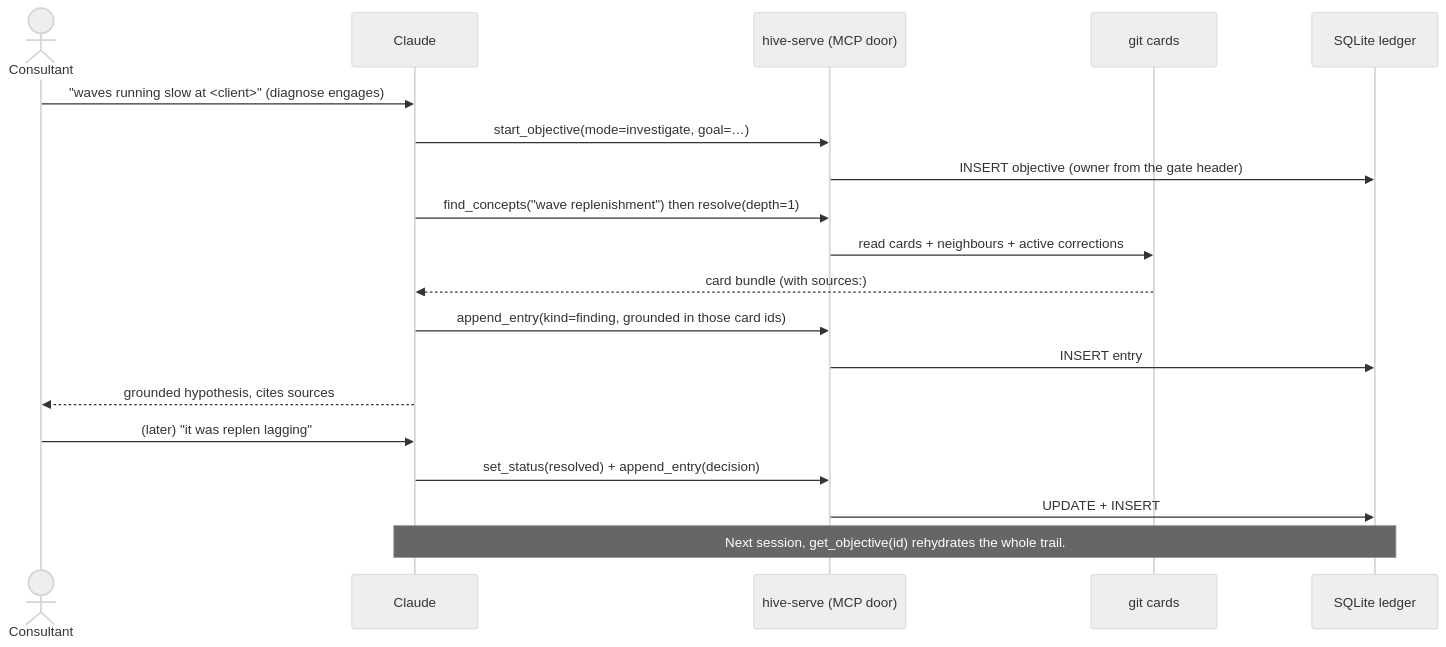
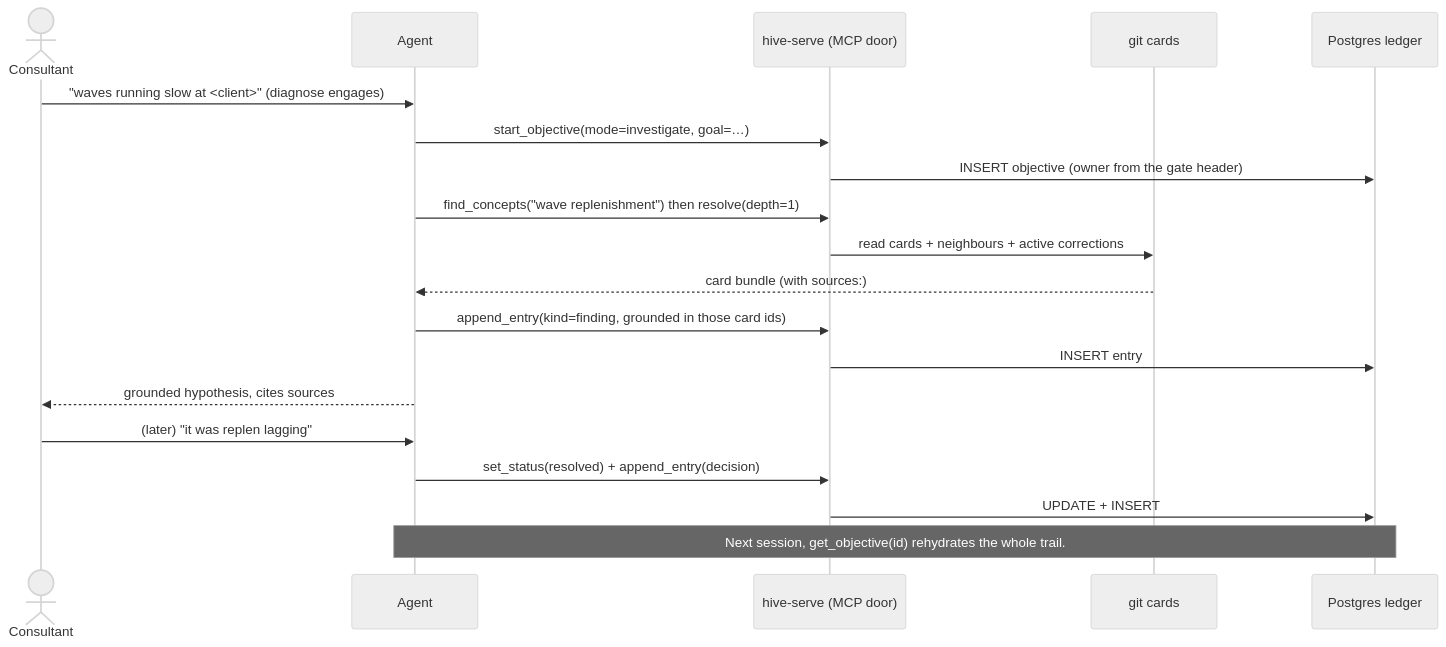
One commit to voyagerforge-dev/hive-intelligence changed the seventh of 9 diagrams in docs/concepts/pipeline.md. Above: the diagram before and after it, drawn with Mermaid (neutral theme). The commit also changed other lines of this file and 62 other files, not shown here.

````diff
--- a/docs/concepts/pipeline.md
+++ b/docs/concepts/pipeline.md
@@ -536,22 +539,22 @@
 ```mermaid
 sequenceDiagram
     actor U as Consultant
-    participant C as Claude
+    participant C as Agent
     participant M as hive-serve (MCP door)
     participant G as git cards
-    participant L as SQLite ledger
+    participant L as Postgres ledger
 
     U->>C: "waves running slow at <client>" (diagnose engages)
     C->>M: start_objective(mode=investigate, goal=…)
     M->>L: INSERT objective (owner from the gate header)
     C->>M: find_concepts("wave replenishment") then resolve(depth=1)
     M->>G: read cards + neighbours + active corrections
     G-->>C: card bundle (with sources:)
     C->>M: append_entry(kind=finding, grounded in those card ids)
     M->>L: INSERT entry
     C-->>U: grounded hypothesis, cites sources
     U->>C: (later) "it was replen lagging"
     C->>M: set_status(resolved) + append_entry(decision)
     M->>L: UPDATE + INSERT
     Note over C,L: Next session, get_objective(id) rehydrates the whole trail.
 ```
````
